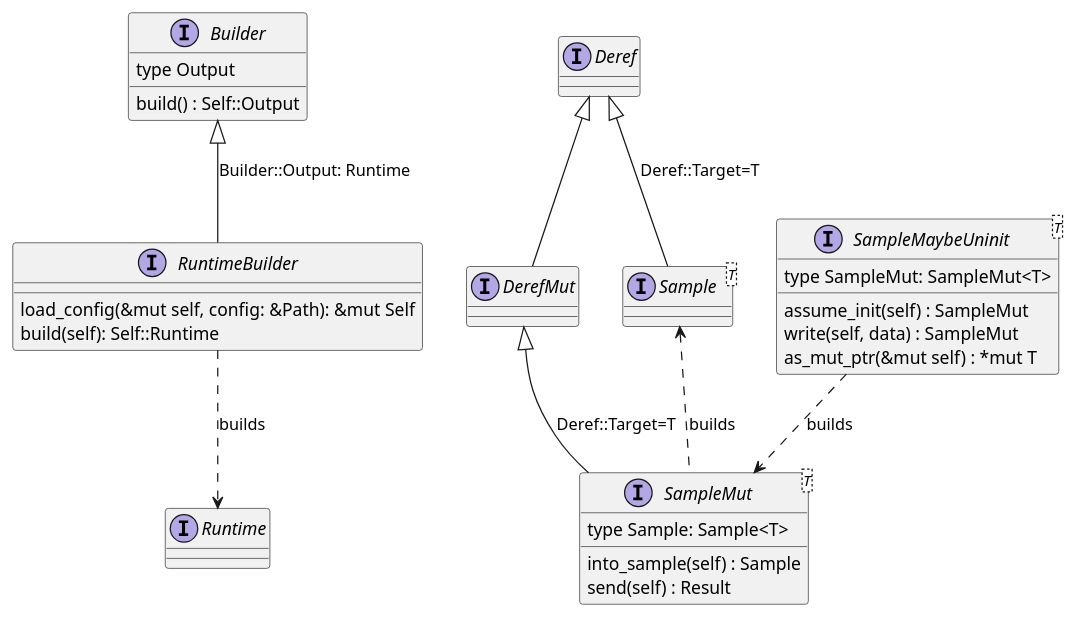
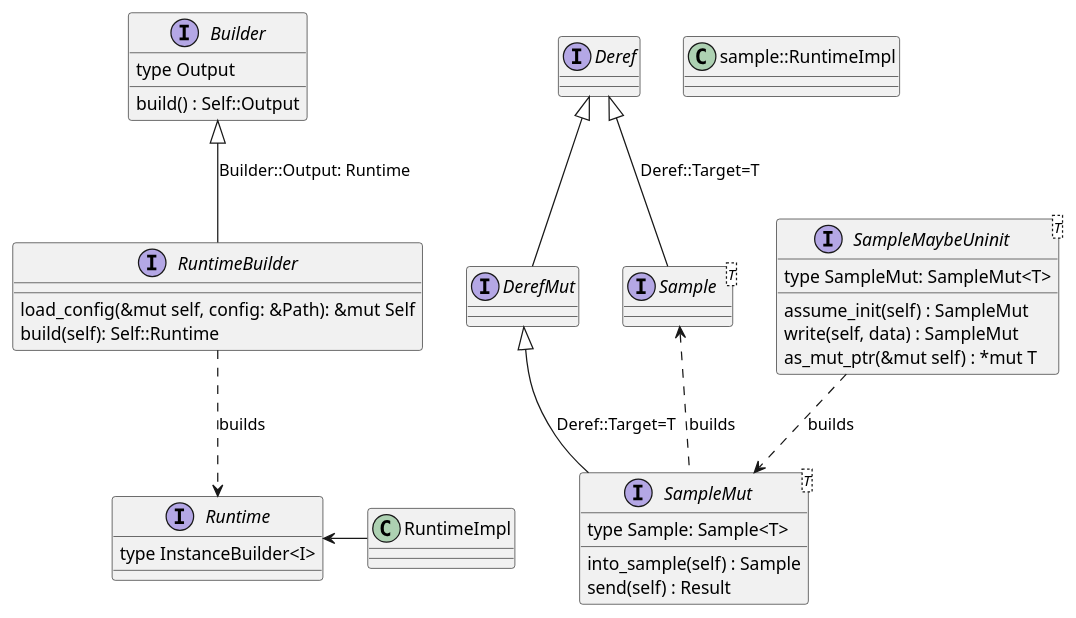
The diagram in com-api/docs/static.puml (eclipse-score/inc_mw_com), drawn with PlantUML before and after one commit. The commit also changed 12 other files, not shown here.

```diff
--- a/com-api/docs/static.puml
+++ b/com-api/docs/static.puml
@@ -1,54 +1,60 @@
 @startuml
 
 ' Copyright (c) 2025 Contributors to the Eclipse Foundation
 '
 ' See the NOTICE file(s) distributed with this work for additional
 ' information regarding copyright ownership.
 '
 ' This program and the accompanying materials are made available under the
 ' terms of the Apache License Version 2.0 which is available at
 ' <https://www.apache.org/licenses/LICENSE-2.0>
 '
 ' SPDX-License-Identifier: Apache-2.0
 
 interface Builder {
     type Output
     build() : Self::Output
 }
 
 ' Also called "Node"
-interface Runtime
+interface Runtime {
+    type InstanceBuilder<I>
+}
 
 Interface RuntimeBuilder {
     load_config(&mut self, config: &Path): &mut Self
     build(self): Self::Runtime
 }
 
 Builder <|-- RuntimeBuilder : Builder::Output: Runtime
 RuntimeBuilder ..> Runtime : builds
 
 interface Deref
 interface DerefMut
 Deref <|-- DerefMut
 
 interface Sample<T>
 Deref <|-- Sample : Deref::Target=T
 
 interface SampleMut<T> {
     type Sample: Sample<T>
     into_sample(self) : Sample
     send(self) : Result
 }
 DerefMut <|-- SampleMut : Deref::Target=T
 
 interface SampleMaybeUninit<T> {
     type SampleMut: SampleMut<T>
     assume_init(self) : SampleMut
     write(self, data) : SampleMut
     as_mut_ptr(&mut self) : *mut T
 }
 
 SampleMaybeUninit ..> SampleMut : builds
 Sample <.. SampleMut : builds
 
+class sample::RuntimeImpl
+
+Runtime <- RuntimeImpl
+
 @enduml
```
